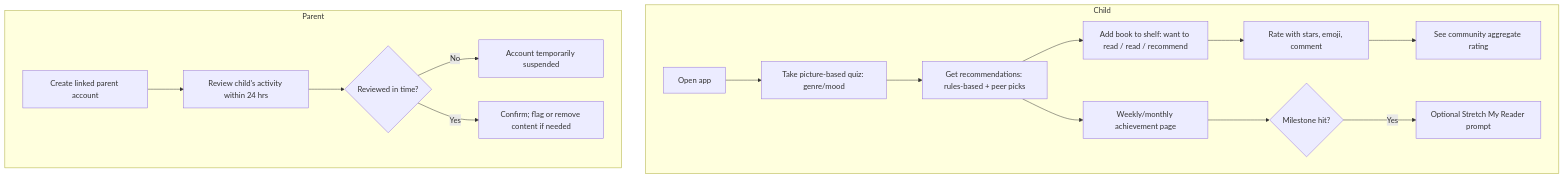
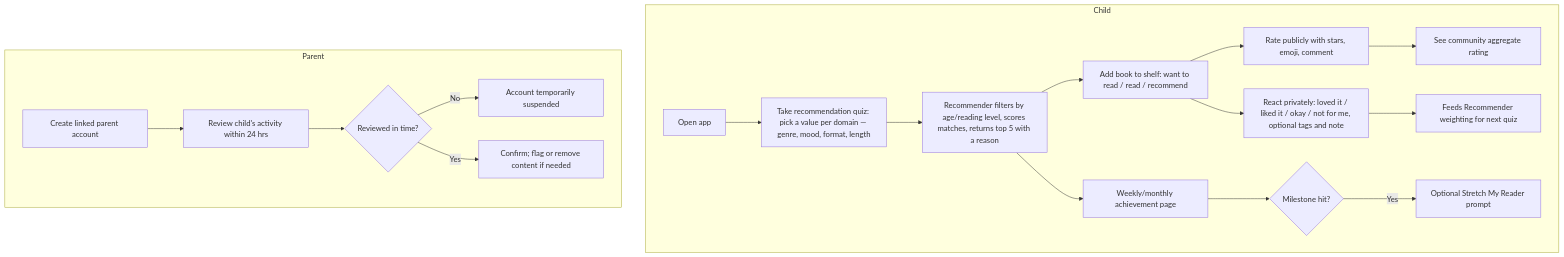
One commit to videogames21/book_buddies changed the second of 3 diagrams in docs/requirements/vision-and-scope.md. Above: the diagram before and after it, drawn with Mermaid. The commit also changed other lines of this file and 3 other files, not shown here.

````diff
--- a/docs/requirements/vision-and-scope.md
+++ b/docs/requirements/vision-and-scope.md
@@ -106,19 +126,21 @@
 ```mermaid
 flowchart TD
   subgraph Child
-    A[Open app] --> B[Take picture-based quiz: genre/mood]
-    B --> C[Get recommendations: rules-based + peer picks]
+    A[Open app] --> B[Take recommendation quiz: pick a value per domain — genre, mood, format, length]
+    B --> C[Recommender filters by age/reading level, scores matches, returns top 5 with a reason]
     C --> D[Add book to shelf: want to read / read / recommend]
-    D --> E[Rate with stars, emoji, comment]
-    E --> F[See community aggregate rating]
+    D --> E1[Rate publicly with stars, emoji, comment]
+    D --> E2[React privately: loved it / liked it / okay / not for me, optional tags and note]
+    E1 --> F[See community aggregate rating]
+    E2 --> O[Feeds Recommender weighting for next quiz]
     C --> L[Weekly/monthly achievement page]
     L --> M{Milestone hit?}
     M -- Yes --> N[Optional Stretch My Reader prompt]
   end
   subgraph Parent
     G[Create linked parent account] --> H[Review child's activity within 24 hrs]
     H --> I{Reviewed in time?}
     I -- No --> J[Account temporarily suspended]
     I -- Yes --> K[Confirm; flag or remove content if needed]
   end
 ```
````
